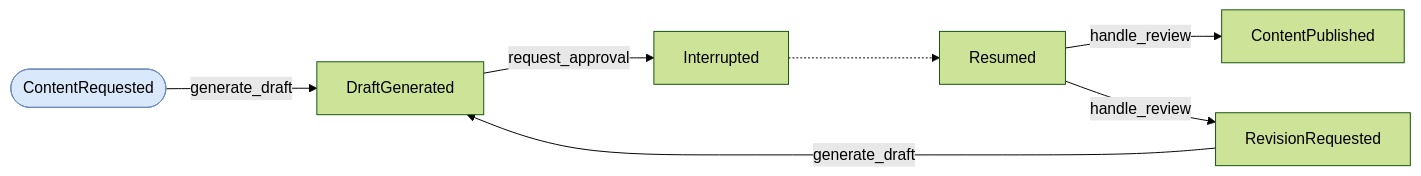
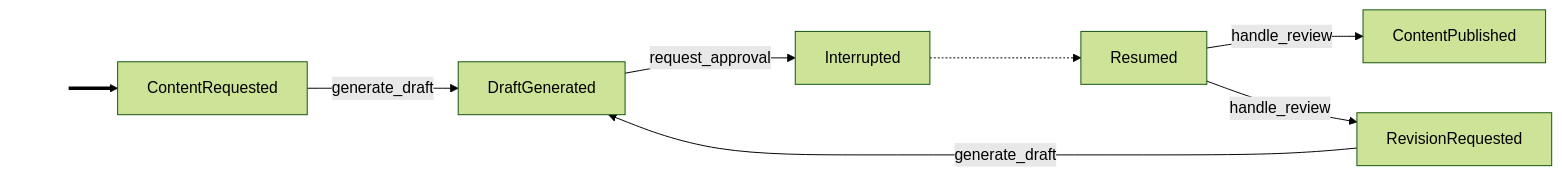
The diagram in examples/human_in_the_loop.graph.md (cadance-io/langgraph-events), drawn with Mermaid (forest theme) before and after one commit. The commit also changed 8 other files, not shown here.

First line of the commit message:
Replace seed event stadium shape with thick entry edge

````diff
--- a/examples/human_in_the_loop.graph.md
+++ b/examples/human_in_the_loop.graph.md
@@ -4,12 +4,12 @@
 ```mermaid
 graph LR
-    classDef seed fill:#dae8fc,stroke:#6c8ebf
-    ContentRequested([ContentRequested]):::seed
+    classDef entry fill:none,stroke:none,color:none
+    _e0_[ ]:::entry ==> ContentRequested
     ContentRequested -->|generate_draft| DraftGenerated
     RevisionRequested -->|generate_draft| DraftGenerated
     DraftGenerated -->|request_approval| Interrupted
     Resumed -->|handle_review| ContentPublished
     Resumed -->|handle_review| RevisionRequested
     Interrupted -.-> Resumed
 %% Side-effect handlers: audit_trail (Auditable)
 ```
````
